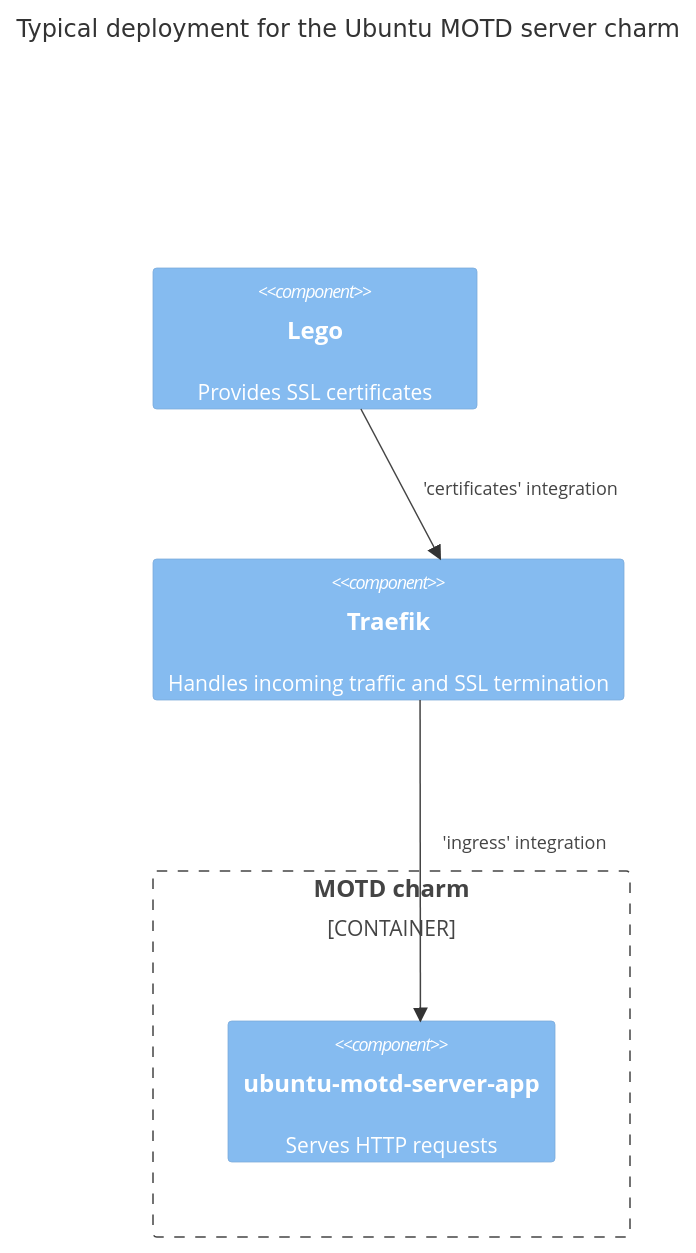
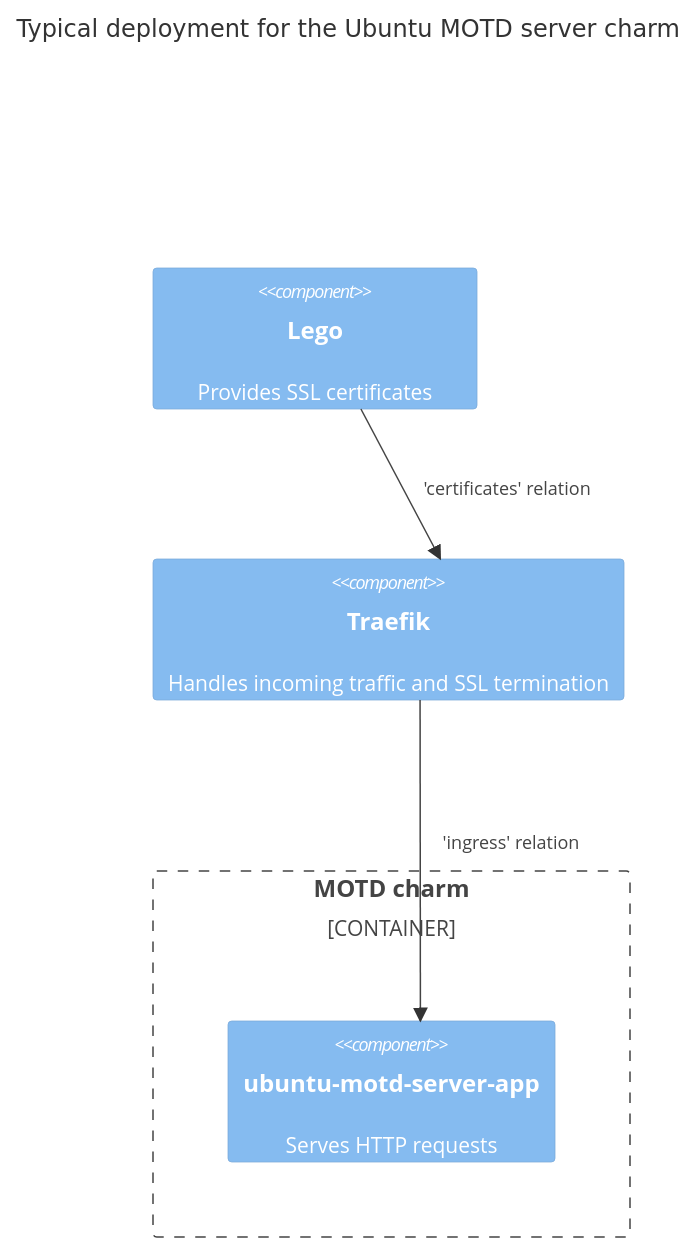
One commit to canonical/ubuntu-motd-server-operator changed the diagram in docs/explanation/architecture-overview.md. Above: the diagram before and after it, drawn with Mermaid. The commit also changed other lines of this file and 3 other files, not shown here.

````diff
--- a/docs/explanation/architecture-overview.md
+++ b/docs/explanation/architecture-overview.md
@@ -7,22 +7,22 @@
 ```mermaid
 C4Component
 title Typical deployment for the Ubuntu MOTD server charm
 
 Component(lego, "Lego", "", "Provides SSL certificates")
 
 Component(traefik, "Traefik", "", "Handles incoming traffic and SSL termination")
 
 
 Container_Boundary(imagebuildercharm), "MOTD charm") {
   Component(charm, "ubuntu-motd-server-app", "", "Serves HTTP requests")
 
 }
 
-Rel(lego, traefik, "'certificates' integration")
-Rel(traefik, charm, "'ingress' integration")
+Rel(lego, traefik, "'certificates' relation")
+Rel(traefik, charm, "'ingress' relation")
 
 UpdateLayoutConfig($c4ShapeInRow="1", $c4BoundaryInRow="1")
 
 UpdateRelStyle(lego, traefik, $offsetX="15")
 UpdateRelStyle(traefik, charm, $offsetX="15", $offsetY="-15")
 ```
````
